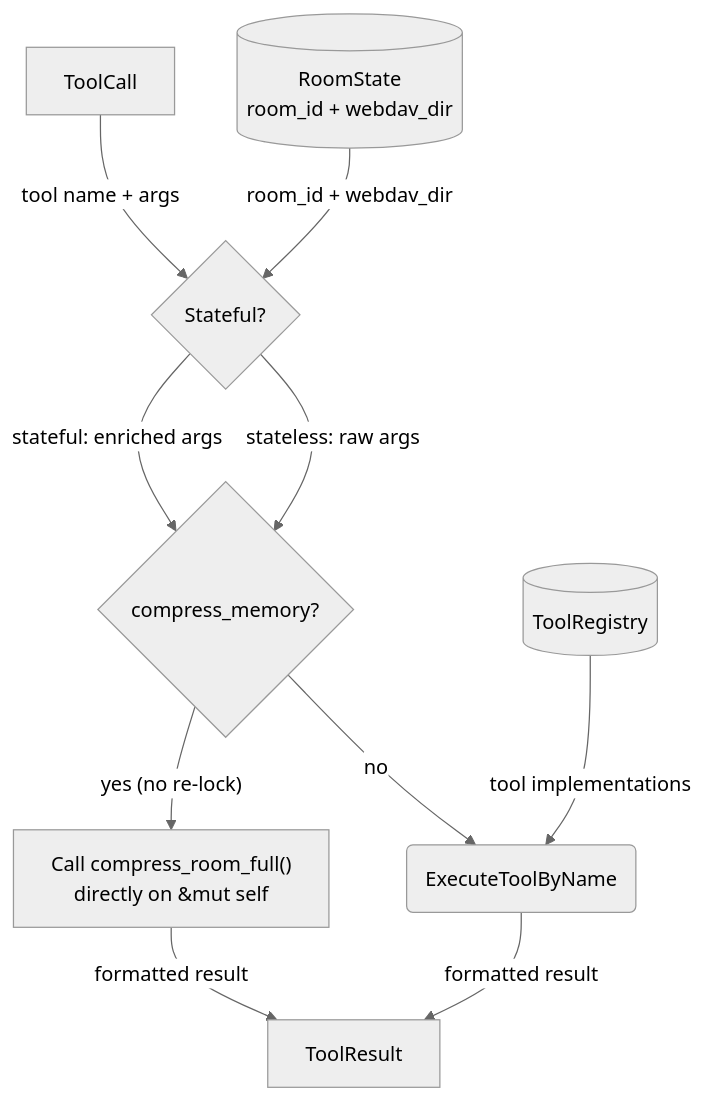
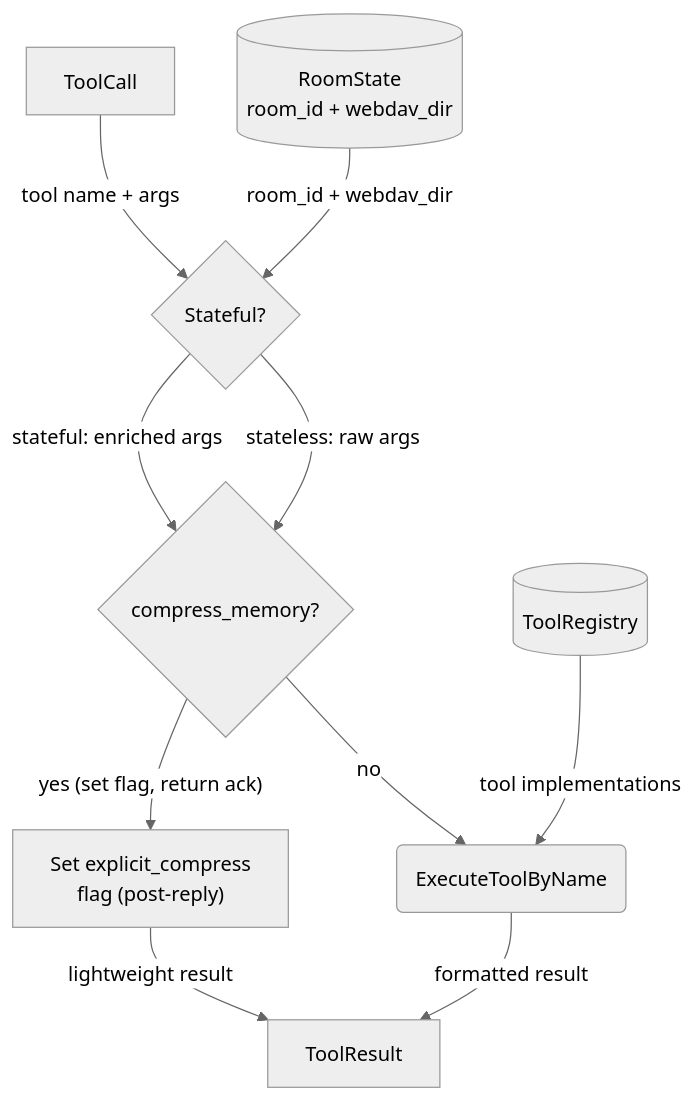
Before and after one commit to cosmoswafer/rockbot: the fourth of 12 diagrams in _dfd/agent-harness.md, drawn with Mermaid (neutral theme). The commit also changed other lines of this file and 2 other files, not shown here.

First line of the commit message:
docs: update DFDs for flag-driven post-reply compress_memory

````diff
--- a/_dfd/agent-harness.md
+++ b/_dfd/agent-harness.md
@@ -149,21 +152,21 @@
 ```mermaid
 flowchart TD
     CALL[ToolCall]
     INJECT{Stateful?}
     ROOM_CTX[(RoomState<br/>room_id + webdav_dir)]
     REG[(ToolRegistry)]
     COMPRESS{compress_memory?}
-    DIRECT["Call compress_room_full()<br/>directly on &mut self"]
+    SET_FLAG["Set explicit_compress<br/>flag (post-reply)"]
     EXEC(ExecuteToolByName)
     RESULT[ToolResult]
 
     CALL -->|"tool name + args"| INJECT
     ROOM_CTX -->|"room_id + webdav_dir"| INJECT
     INJECT -->|"stateful: enriched args"| COMPRESS
     INJECT -->|"stateless: raw args"| COMPRESS
-    COMPRESS -->|"yes (no re-lock)"| DIRECT
+    COMPRESS -->|"yes (set flag, return ack)"| SET_FLAG
     COMPRESS -->|"no"| EXEC
     REG -->|"tool implementations"| EXEC
-    DIRECT -->|"formatted result"| RESULT
+    SET_FLAG -->|"lightweight result"| RESULT
     EXEC -->|"formatted result"| RESULT
 ```
````
